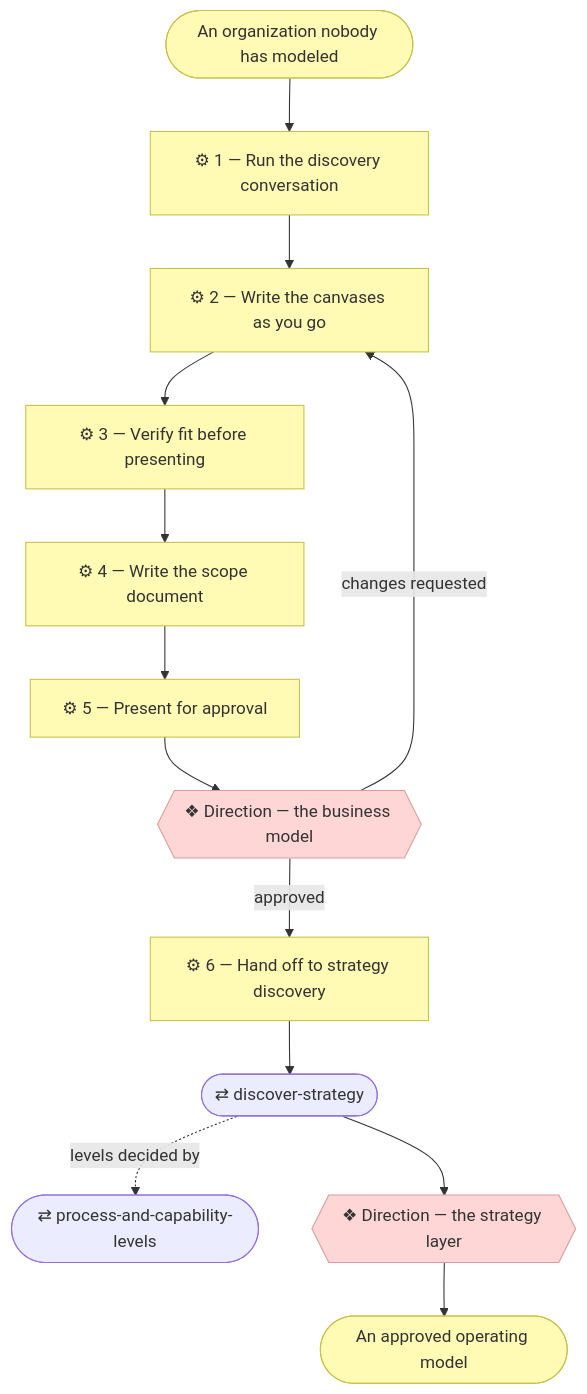
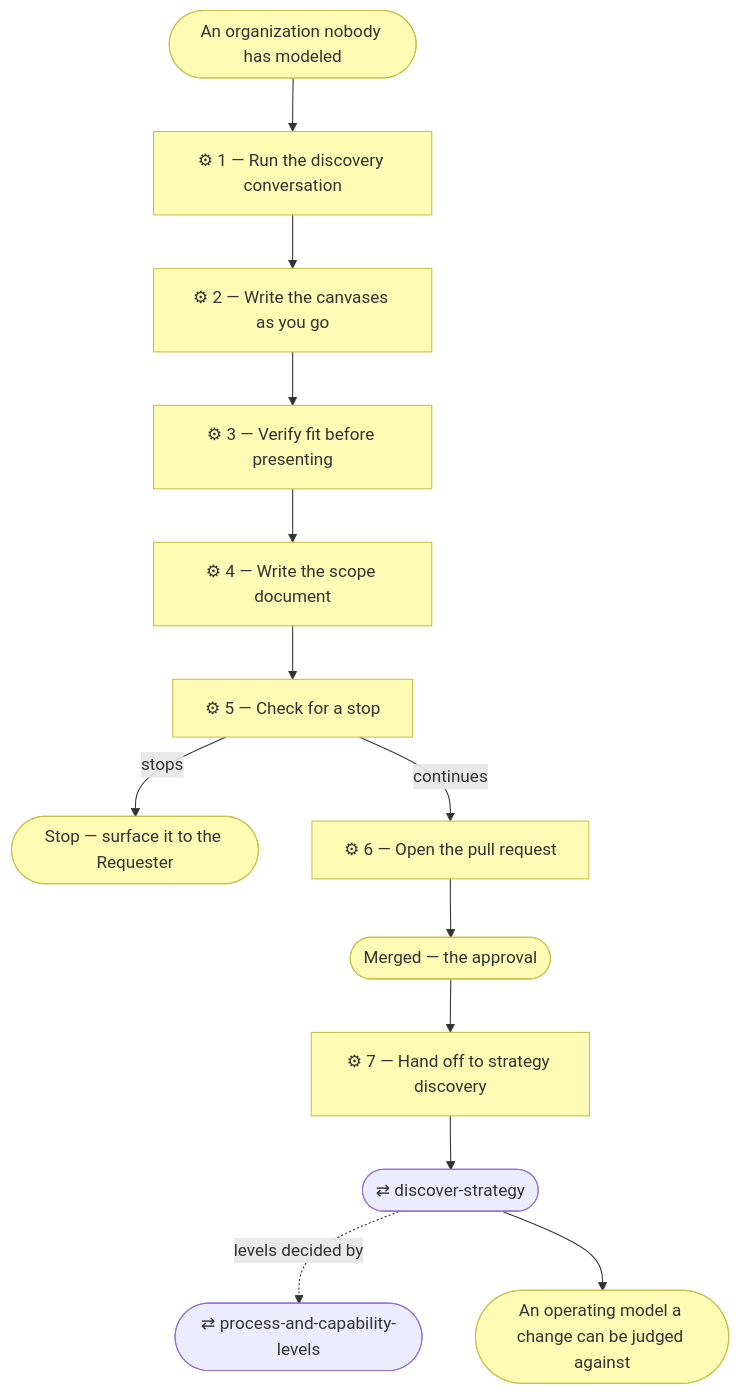
One commit to roanboc/archreator changed the diagram in plugins/archreator/skills/discover-business-model/SKILL.md. Above: the diagram before and after it, drawn with Mermaid. The commit also changed other lines of this file and 49 other files, not shown here.

````diff
--- a/plugins/archreator/skills/discover-business-model/SKILL.md
+++ b/plugins/archreator/skills/discover-business-model/SKILL.md
@@ -44,26 +45,25 @@
 ```mermaid
 flowchart TD
   req(["An organization nobody has modeled"])
   s1["⚙ 1 — Run the discovery conversation"]
   s2["⚙ 2 — Write the canvases as you go"]
   s3["⚙ 3 — Verify fit before presenting"]
   s4["⚙ 4 — Write the scope document"]
-  s5["⚙ 5 — Present for approval"]
-  g0{{"❖ Direction — the business model"}}
-  s6["⚙ 6 — Hand off to strategy discovery"]
+  s5["⚙ 5 — Check for a stop"]
+  stop(["Stop — surface it to the Requester"])
+  s6["⚙ 6 — Open the pull request"]
+  merged(["Merged — the approval"])
+  s7["⚙ 7 — Hand off to strategy discovery"]
   ds(["⇄ discover-strategy"])
   pcl(["⇄ process-and-capability-levels"])
-  g1{{"❖ Direction — the strategy layer"}}
-  out(["An approved operating model"])
+  out(["An operating model a change can be judged against"])
 
-  req --> s1 --> s2 --> s3 --> s4 --> s5 --> g0
-  g0 -->|changes requested| s2
-  g0 -->|approved| s6 --> ds
+  req --> s1 --> s2 --> s3 --> s4 --> s5
+  s5 -->|stops| stop
+  s5 -->|continues| s6 --> merged --> s7 --> ds
   ds -. levels decided by .-> pcl
-  ds --> g1 --> out
+  ds --> out
 
   classDef business fill:#fffbb5,stroke:#c8c04a,color:#333
-  classDef implementation fill:#ffd6d6,stroke:#d99b9b,color:#333
-  class s1,s2,s3,s4,s5,s6,req,out business
-  class g0,g1 implementation
+  class s1,s2,s3,s4,s5,s6,s7,req,merged,stop,out business
 ```
````
